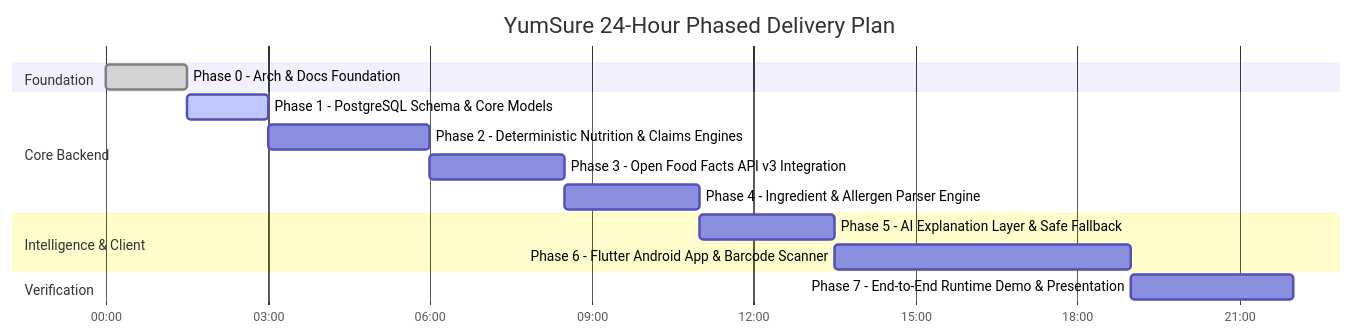
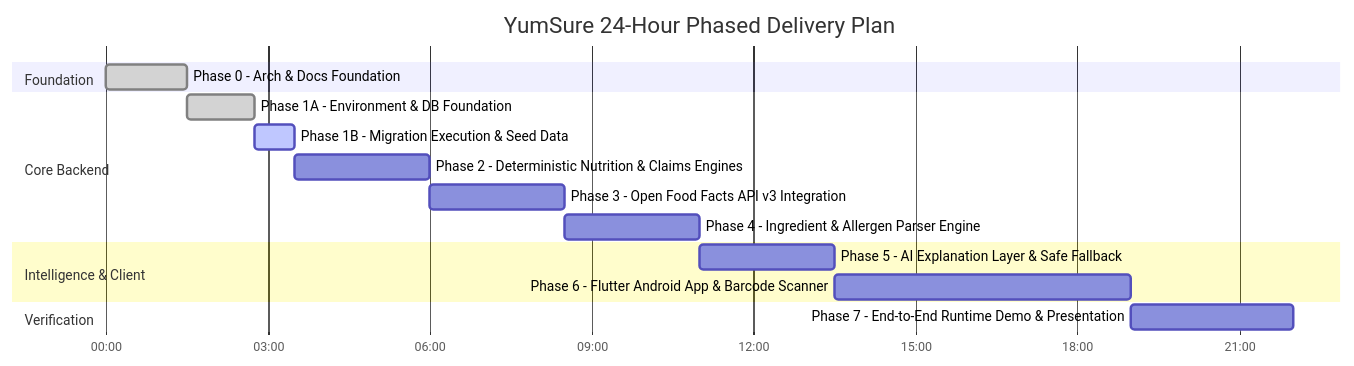
One commit to college-hack24-nov26/hack-sudo-chaos changed the diagram in IMPLEMENTATION_PROGRESS.md. Above: the diagram before and after it, drawn with Mermaid. The commit also changed other lines of this file and 28 other files, not shown here.

````diff
--- a/IMPLEMENTATION_PROGRESS.md
+++ b/IMPLEMENTATION_PROGRESS.md
@@ -9,18 +9,19 @@
 ```mermaid
 gantt
     title YumSure 24-Hour Phased Delivery Plan
     dateFormat  HH:mm
     axisFormat  %H:%M
     section Foundation
     Phase 0 - Arch & Docs Foundation :done, p0, 00:00, 01:30
     section Core Backend
-    Phase 1 - PostgreSQL Schema & Core Models :active, p1, 01:30, 03:00
-    Phase 2 - Deterministic Nutrition & Claims Engines :p2, 03:00, 06:00
+    Phase 1A - Environment & DB Foundation :done, p1a, 01:30, 02:45
+    Phase 1B - Migration Execution & Seed Data :active, p1b, 02:45, 03:30
+    Phase 2 - Deterministic Nutrition & Claims Engines :p2, 03:30, 06:00
     Phase 3 - Open Food Facts API v3 Integration :p3, 06:00, 08:30
     Phase 4 - Ingredient & Allergen Parser Engine :p4, 08:30, 11:00
     section Intelligence & Client
     Phase 5 - AI Explanation Layer & Safe Fallback :p5, 11:00, 13:30
     Phase 6 - Flutter Android App & Barcode Scanner :p6, 13:30, 19:00
     section Verification
     Phase 7 - End-to-End Runtime Demo & Presentation :p7, 19:00, 22:00
 ```
````
